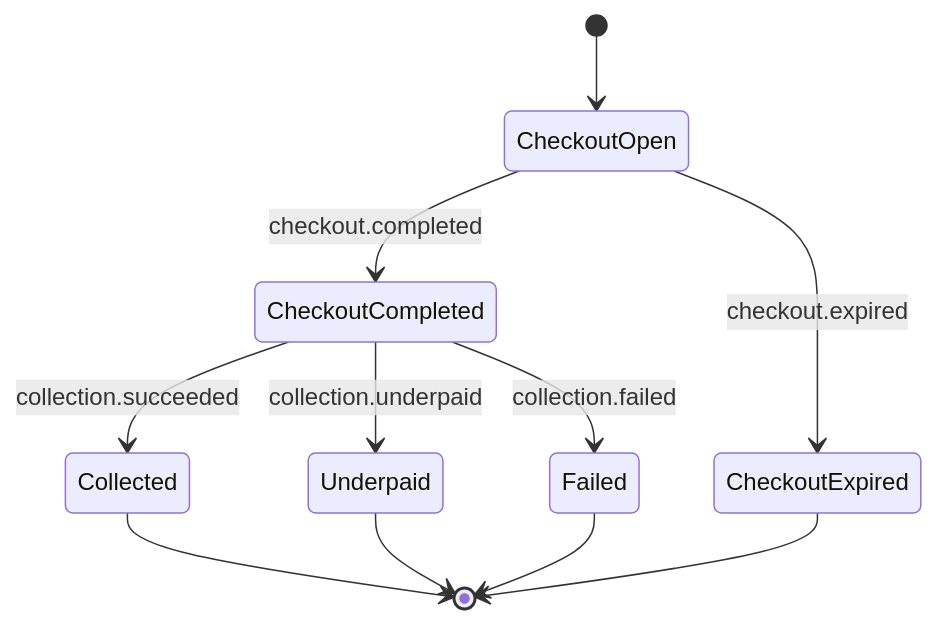
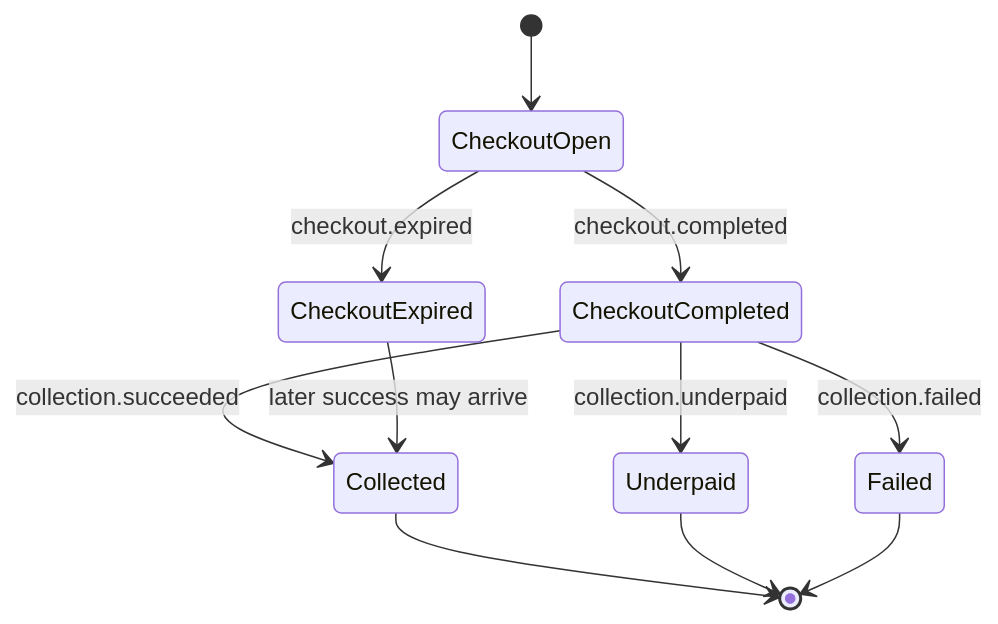
The diagram in docs/concepts/payment-lifecycle.mdx (therealEmma/BachsProof), drawn with Mermaid before and after one commit. The commit also changed other lines of this file and 180 other files, not shown here.

````diff
--- a/docs/concepts/payment-lifecycle.mdx
+++ b/docs/concepts/payment-lifecycle.mdx
@@ -20,13 +18,13 @@
 ```mermaid
 stateDiagram-v2
   [*] --> CheckoutOpen
   CheckoutOpen --> CheckoutCompleted: checkout.completed
   CheckoutOpen --> CheckoutExpired: checkout.expired
   CheckoutCompleted --> Collected: collection.succeeded
   CheckoutCompleted --> Underpaid: collection.underpaid
   CheckoutCompleted --> Failed: collection.failed
+  CheckoutExpired --> Collected: later success may arrive
   Collected --> [*]
-  CheckoutExpired --> [*]
   Underpaid --> [*]
   Failed --> [*]
 ```
````
